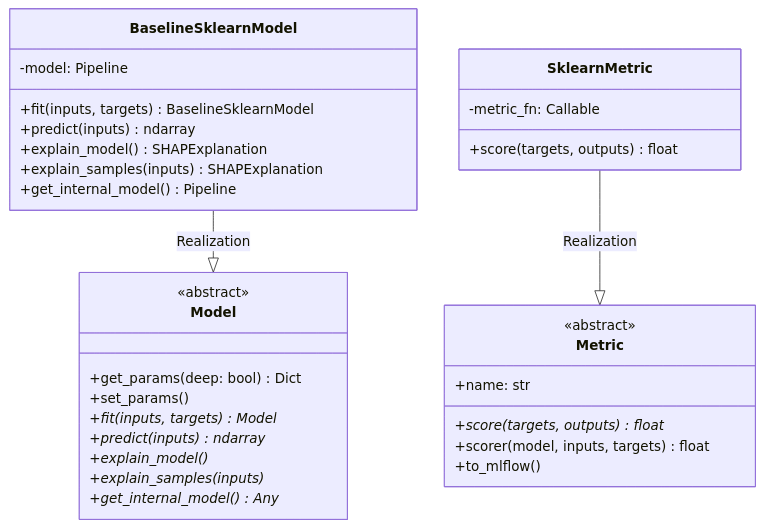
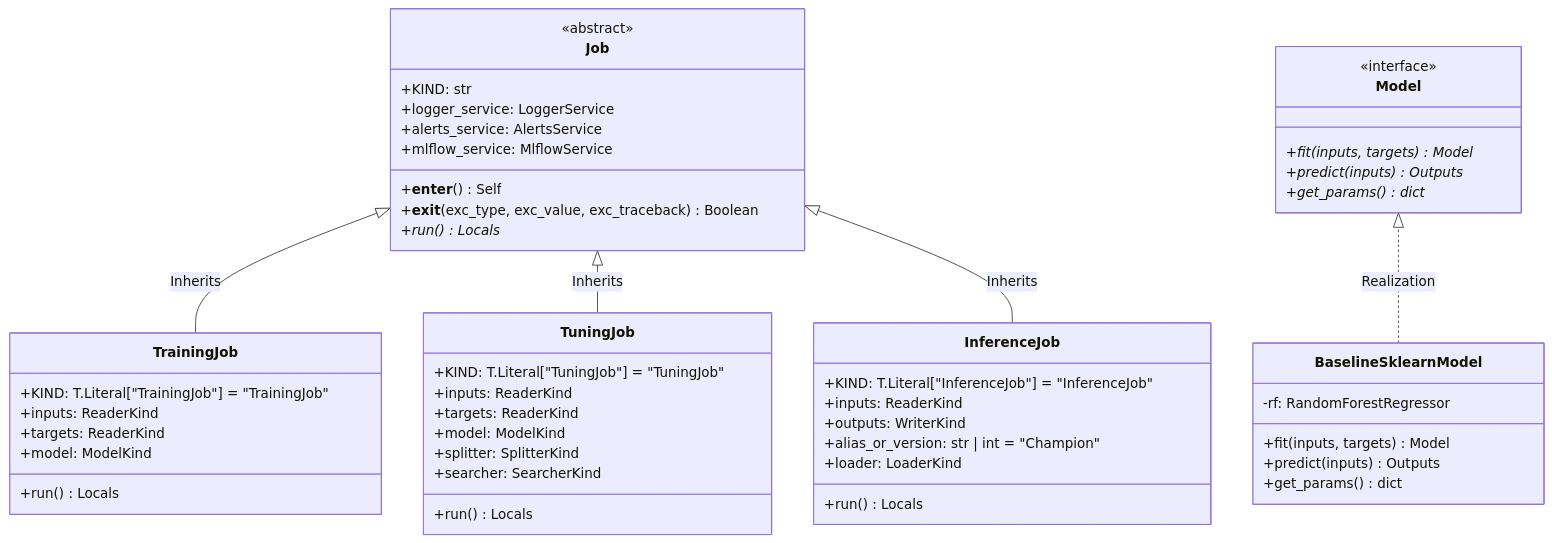
Before and after one commit to lgcorzo/mlops-python-package: the second of 2 diagrams in openwiki/architecture/component_structure.md, drawn with Mermaid. The commit also changed other lines of this file and 40 other files, not shown here.

````diff
--- a/openwiki/architecture/component_structure.md
+++ b/openwiki/architecture/component_structure.md
@@ -72,36 +75,62 @@
 ```mermaid
 classDiagram
     direction BT
-    class Model {
+    
+    class Job {
         <<abstract>>
-        +get_params(deep: bool) Dict
-        +set_params()
-        +fit(inputs, targets)* Model
-        +predict(inputs)* ndarray
-        +explain_model()*
-        +explain_samples(inputs)*
-        +get_internal_model()* Any
-    }
-    class BaselineSklearnModel {
-        -model: Pipeline
-        +fit(inputs, targets) BaselineSklearnModel
-        +predict(inputs) ndarray
-        +explain_model() SHAPExplanation
-        +explain_samples(inputs) SHAPExplanation
-        +get_internal_model() Pipeline
-    }
-    class Metric {
-        <<abstract>>
-        +name: str
-        +score(targets, outputs)* float
-        +scorer(model, inputs, targets) float
-        +to_mlflow()
-    }
-    class SklearnMetric {
-        -metric_fn: Callable
-        +score(targets, outputs) float
+        +KIND: str
+        +logger_service: LoggerService
+        +alerts_service: AlertsService
+        +mlflow_service: MlflowService
+        +__enter__() Self
+        +__exit__(exc_type, exc_value, exc_traceback) Boolean
+        +run()* Locals
     }
 
-    Model <|-- BaselineSklearnModel : Realization
-    Metric <|-- SklearnMetric : Realization
+    class TrainingJob {
+        +KIND: T.Literal["TrainingJob"] = "TrainingJob"
+        +inputs: ReaderKind
+        +targets: ReaderKind
+        +model: ModelKind
+        +run() Locals
+    }
+
+    class TuningJob {
+        +KIND: T.Literal["TuningJob"] = "TuningJob"
+        +inputs: ReaderKind
+        +targets: ReaderKind
+        +model: ModelKind
+        +splitter: SplitterKind
+        +searcher: SearcherKind
+        +run() Locals
+    }
+
+    class InferenceJob {
+        +KIND: T.Literal["InferenceJob"] = "InferenceJob"
+        +inputs: ReaderKind
+        +outputs: WriterKind
+        +alias_or_version: str | int = "Champion"
+        +loader: LoaderKind
+        +run() Locals
+    }
+
+    TrainingJob --|> Job : Inherits
+    TuningJob --|> Job : Inherits
+    InferenceJob --|> Job : Inherits
+
+    class Model {
+        <<interface>>
+        +fit(inputs, targets)* Model
+        +predict(inputs)* Outputs
+        +get_params()* dict
+    }
+
+    class BaselineSklearnModel {
+        -rf: RandomForestRegressor
+        +fit(inputs, targets) Model
+        +predict(inputs) Outputs
+        +get_params() dict
+    }
+
+    BaselineSklearnModel ..|> Model : Realization
 ```
````
